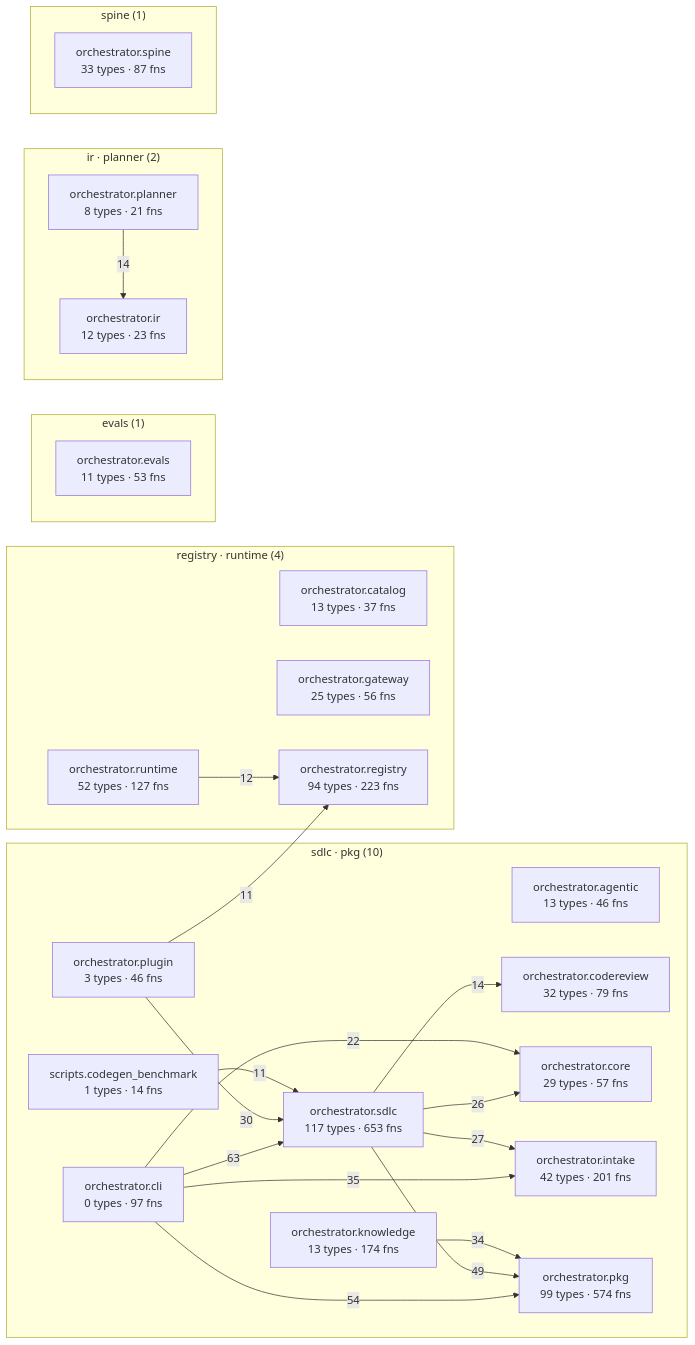
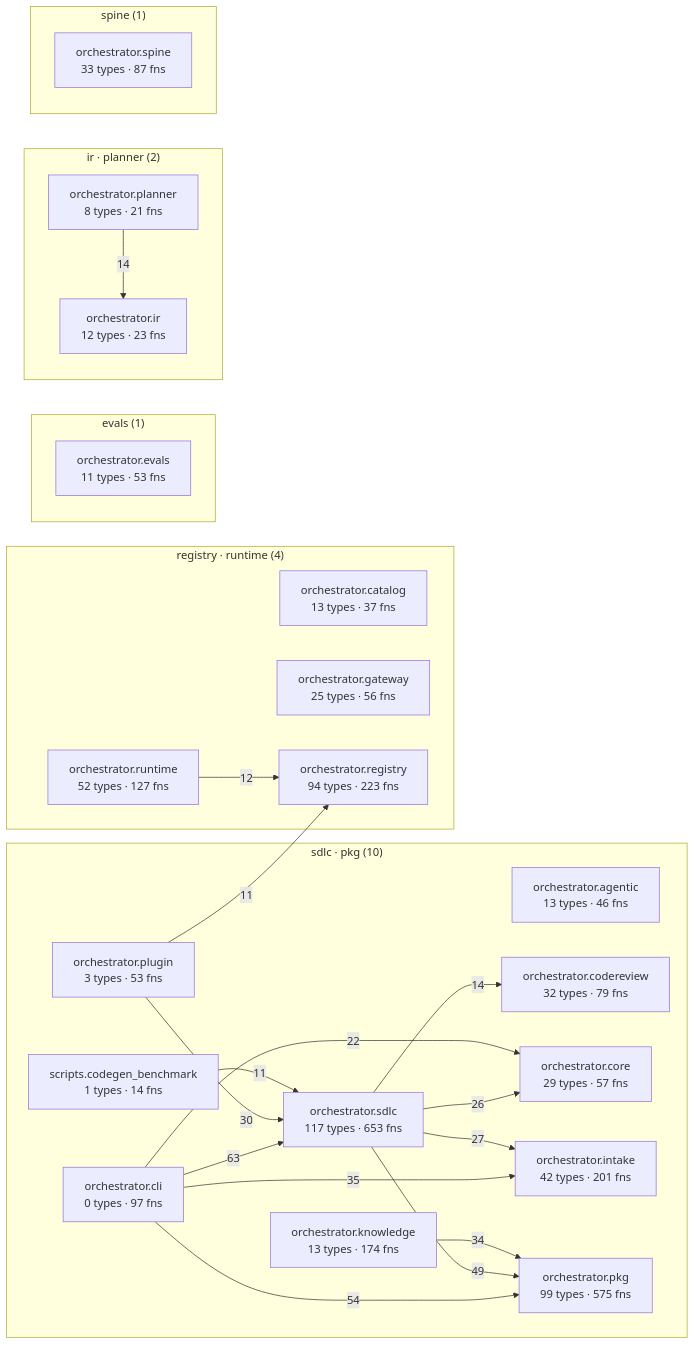
Before and after one commit to synaptixs/spine: the diagram in episteme/architecture.md, drawn with Mermaid. The commit also changed other lines of this file and 20 other files, not shown here.

````diff
--- a/episteme/architecture.md
+++ b/episteme/architecture.md
@@ -54,45 +54,45 @@
 ```mermaid
 flowchart LR
   subgraph c_1["sdlc · pkg (10)"]
     aorchestratoragentic["orchestrator.agentic<br/>13 types · 46 fns"]
     aorchestratorcli["orchestrator.cli<br/>0 types · 97 fns"]
     aorchestratorcodereview["orchestrator.codereview<br/>32 types · 79 fns"]
     aorchestratorcore["orchestrator.core<br/>29 types · 57 fns"]
     aorchestratorintake["orchestrator.intake<br/>42 types · 201 fns"]
     aorchestratorknowledge["orchestrator.knowledge<br/>13 types · 174 fns"]
-    aorchestratorpkg["orchestrator.pkg<br/>99 types · 574 fns"]
-    aorchestratorplugin["orchestrator.plugin<br/>3 types · 46 fns"]
+    aorchestratorpkg["orchestrator.pkg<br/>99 types · 575 fns"]
+    aorchestratorplugin["orchestrator.plugin<br/>3 types · 53 fns"]
     aorchestratorsdlc["orchestrator.sdlc<br/>117 types · 653 fns"]
     ascriptscodegenbenchmark["scripts.codegen_benchmark<br/>1 types · 14 fns"]
   end
   subgraph c_3["registry · runtime (4)"]
     aorchestratorcatalog["orchestrator.catalog<br/>13 types · 37 fns"]
     aorchestratorgateway["orchestrator.gateway<br/>25 types · 56 fns"]
     aorchestratorregistry["orchestrator.registry<br/>94 types · 223 fns"]
     aorchestratorruntime["orchestrator.runtime<br/>52 types · 127 fns"]
   end
   subgraph c_5["evals (1)"]
     aorchestratorevals["orchestrator.evals<br/>11 types · 53 fns"]
   end
   subgraph c_7["ir · planner (2)"]
     aorchestratorir["orchestrator.ir<br/>12 types · 23 fns"]
     aorchestratorplanner["orchestrator.planner<br/>8 types · 21 fns"]
   end
   subgraph c_10["spine (1)"]
     aorchestratorspine["orchestrator.spine<br/>33 types · 87 fns"]
   end
   aorchestratorcli -->|63| aorchestratorsdlc
   aorchestratorcli -->|54| aorchestratorpkg
   aorchestratorsdlc -->|49| aorchestratorpkg
   aorchestratorcli -->|35| aorchestratorintake
   aorchestratorknowledge -->|34| aorchestratorpkg
   aorchestratorplugin -->|30| aorchestratorsdlc
   aorchestratorsdlc -->|27| aorchestratorintake
   aorchestratorsdlc -->|26| aorchestratorcore
   aorchestratorcli -->|22| aorchestratorcore
   aorchestratorplanner -->|14| aorchestratorir
   aorchestratorsdlc -->|14| aorchestratorcodereview
   aorchestratorruntime -->|12| aorchestratorregistry
   ascriptscodegenbenchmark -->|11| aorchestratorsdlc
   aorchestratorplugin -->|11| aorchestratorregistry
 ```
````
